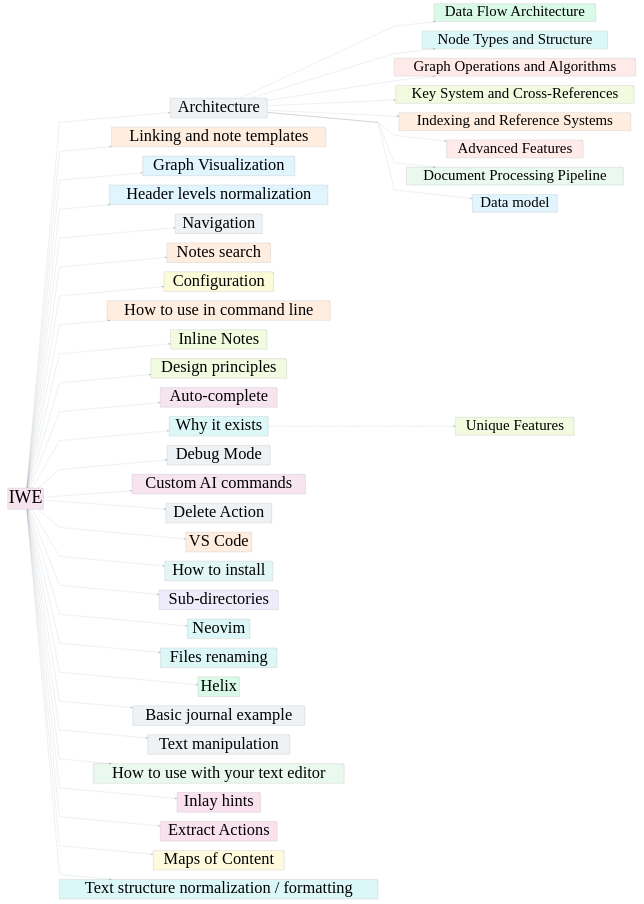
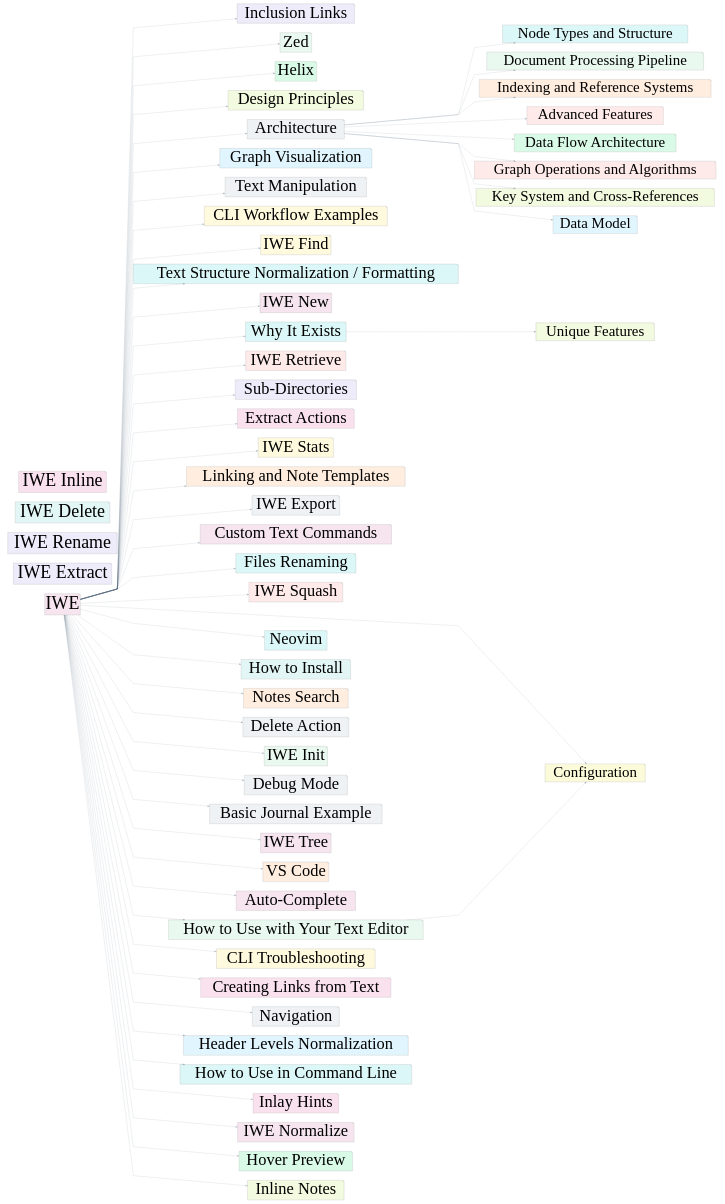
The diagram in docs/docs-basic.dot (iwe-org/iwe), drawn with Graphviz before and after one commit. The commit also changed 6 other files, not shown here.

Commit message:
chore: book, graph and docs update

```diff
--- a/docs/docs-basic.dot
+++ b/docs/docs-basic.dot
@@ -7,79 +7,112 @@
   pad="0.5,0.2"
   ranksep=1.2
   overlap=false
-  164[label="Data Flow Architecture",fillcolor="#d9fae7",fontsize=80,fontname=Verdana,color="#b3b3b3",penwidth=1.5,shape=note,style=filled]
+  2147[label="Inclusion Links",fillcolor="#eeebfa",fontsize=88,fontname=Verdana,color="#b3b3b3",penwidth=1.5,shape=note,style=filled]
+  2458[label="Node Types and Structure",fillcolor="#dcf7f7",fontsize=80,fontname=Verdana,color="#b3b3b3",penwidth=1.5,shape=note,style=filled]
+  2635[label="Zed",fillcolor="#e9f9ef",fontsize=88,fontname=Verdana,color="#b3b3b3",penwidth=1.5,shape=note,style=filled]
+  1983[label="Helix",fillcolor="#d9fae7",fontsize=88,fontname=Verdana,color="#b3b3b3",penwidth=1.5,shape=note,style=filled]
+  1095[label="Design Principles",fillcolor="#f2fadf",fontsize=88,fontname=Verdana,color="#b3b3b3",penwidth=1.5,shape=note,style=filled]
+  844[label="Unique Features",fillcolor="#f2fadf",fontsize=80,fontname=Verdana,color="#b3b3b3",penwidth=1.5,shape=note,style=filled]
+  1105[label="Document Processing Pipeline",fillcolor="#e9f9ef",fontsize=80,fontname=Verdana,color="#b3b3b3",penwidth=1.5,shape=note,style=filled]
   1[label="Architecture",fillcolor="#eef2f5",fontsize=88,fontname=Verdana,color="#b3b3b3",penwidth=1.5,shape=note,style=filled]
-  272[label="Linking and note templates",fillcolor="#ffeee0",fontsize=88,fontname=Verdana,color="#b3b3b3",penwidth=1.5,shape=note,style=filled]
-  625[label="Graph Visualization",fillcolor="#e1f5fe",fontsize=88,fontname=Verdana,color="#b3b3b3",penwidth=1.5,shape=note,style=filled]
-  1285[label="Node Types and Structure",fillcolor="#dcf7f7",fontsize=80,fontname=Verdana,color="#b3b3b3",penwidth=1.5,shape=note,style=filled]
-  574[label="Header levels normalization",fillcolor="#e1f5fe",fontsize=88,fontname=Verdana,color="#b3b3b3",penwidth=1.5,shape=note,style=filled]
-  568[label="Navigation",fillcolor="#eef2f5",fontsize=88,fontname=Verdana,color="#b3b3b3",penwidth=1.5,shape=note,style=filled]
-  588[label="Notes search",fillcolor="#ffeee0",fontsize=88,fontname=Verdana,color="#b3b3b3",penwidth=1.5,shape=note,style=filled]
-  90[label="Configuration",fillcolor="#fbfbda",fontsize=88,fontname=Verdana,color="#b3b3b3",penwidth=1.5,shape=note,style=filled]
-  698[label="How to use in command line",fillcolor="#ffeee0",fontsize=88,fontname=Verdana,color="#b3b3b3",penwidth=1.5,shape=note,style=filled]
-  544[label="Inline Notes",fillcolor="#f2fadf",fontsize=88,fontname=Verdana,color="#b3b3b3",penwidth=1.5,shape=note,style=filled]
-  219[label="Design principles",fillcolor="#f2fadf",fontsize=88,fontname=Verdana,color="#b3b3b3",penwidth=1.5,shape=note,style=filled]
-  347[label="Auto-complete",fillcolor="#f6e5ee",fontsize=88,fontname=Verdana,color="#b3b3b3",penwidth=1.5,shape=note,style=filled]
-  1449[label="Why it exists",fillcolor="#dcf7f7",fontsize=88,fontname=Verdana,color="#b3b3b3",penwidth=1.5,shape=note,style=filled]
-  207[label="Debug Mode",fillcolor="#eef2f5",fontsize=88,fontname=Verdana,color="#b3b3b3",penwidth=1.5,shape=note,style=filled]
-  267[label="Custom AI commands",fillcolor="#f6e5ee",fontsize=88,fontname=Verdana,color="#b3b3b3",penwidth=1.5,shape=note,style=filled]
-  823[label="Graph Operations and Algorithms",fillcolor="#ffeaea",fontsize=80,fontname=Verdana,color="#b3b3b3",penwidth=1.5,shape=note,style=filled]
-  350[label="Delete Action",fillcolor="#eef2f5",fontsize=88,fontname=Verdana,color="#b3b3b3",penwidth=1.5,shape=note,style=filled]
-  1310[label="VS Code",fillcolor="#ffeee0",fontsize=88,fontname=Verdana,color="#b3b3b3",penwidth=1.5,shape=note,style=filled]
-  1059[label="Key System and Cross-References",fillcolor="#f2fadf",fontsize=80,fontname=Verdana,color="#b3b3b3",penwidth=1.5,shape=note,style=filled]
-  874[label="How to install",fillcolor="#e2f6f6",fontsize=88,fontname=Verdana,color="#b3b3b3",penwidth=1.5,shape=note,style=filled]
-  1039[label="Indexing and Reference Systems",fillcolor="#ffeee0",fontsize=80,fontname=Verdana,color="#b3b3b3",penwidth=1.5,shape=note,style=filled]
-  834[label="Advanced Features",fillcolor="#ffeaea",fontsize=80,fontname=Verdana,color="#b3b3b3",penwidth=1.5,shape=note,style=filled]
-  596[label="Sub-directories",fillcolor="#eeebfa",fontsize=88,fontname=Verdana,color="#b3b3b3",penwidth=1.5,shape=note,style=filled]
-  1148[label="Neovim",fillcolor="#dcf7f7",fontsize=88,fontname=Verdana,color="#b3b3b3",penwidth=1.5,shape=note,style=filled]
-  585[label="Files renaming",fillcolor="#dcf7f7",fontsize=88,fontname=Verdana,color="#b3b3b3",penwidth=1.5,shape=note,style=filled]
-  861[label="Helix",fillcolor="#d9fae7",fontsize=88,fontname=Verdana,color="#b3b3b3",penwidth=1.5,shape=note,style=filled]
-  229[label="Document Processing Pipeline",fillcolor="#e9f9ef",fontsize=80,fontname=Verdana,color="#b3b3b3",penwidth=1.5,shape=note,style=filled]
-  246[label="Basic journal example",fillcolor="#eef2f5",fontsize=88,fontname=Verdana,color="#b3b3b3",penwidth=1.5,shape=note,style=filled]
-  618[label="Text manipulation",fillcolor="#eef2f5",fontsize=88,fontname=Verdana,color="#b3b3b3",penwidth=1.5,shape=note,style=filled]
-  887[label="How to use with your text editor",fillcolor="#e9f9ef",fontsize=88,fontname=Verdana,color="#b3b3b3",penwidth=1.5,shape=note,style=filled]
-  540[label="Inlay hints",fillcolor="#fae1ee",fontsize=88,fontname=Verdana,color="#b3b3b3",penwidth=1.5,shape=note,style=filled]
-  375[label="Extract Actions",fillcolor="#fae1ee",fontsize=88,fontname=Verdana,color="#b3b3b3",penwidth=1.5,shape=note,style=filled]
-  1077[label="Maps of Content",fillcolor="#fff9de",fontsize=88,fontname=Verdana,color="#b3b3b3",penwidth=1.5,shape=note,style=filled]
-  12[label="Unique Features",fillcolor="#f2fadf",fontsize=80,fontname=Verdana,color="#b3b3b3",penwidth=1.5,shape=note,style=filled]
-  1002[label="IWE",fillcolor="#f6e5ee",fontsize=96,fontname=Verdana,color="#b3b3b3",penwidth=1.5,shape=note,style=filled]
-  339[label="Text structure normalization / formatting",fillcolor="#dcf7f7",fontsize=88,fontname=Verdana,color="#b3b3b3",penwidth=1.5,shape=note,style=filled]
-  189[label="Data model",fillcolor="#e1f5fe",fontsize=80,fontname=Verdana,color="#b3b3b3",penwidth=1.5,shape=note,style=filled]
-  1 -> 1059 [color="#38546c66",arrowhead=normal,penwidth=1.2]
-  1 -> 164 [color="#38546c66",arrowhead=normal,penwidth=1.2]
-  1 -> 1039 [color="#38546c66",arrowhead=normal,penwidth=1.2]
-  1 -> 823 [color="#38546c66",arrowhead=normal,penwidth=1.2]
-  1 -> 189 [color="#38546c66",arrowhead=normal,penwidth=1.2]
-  1 -> 834 [color="#38546c66",arrowhead=normal,penwidth=1.2]
-  1 -> 1285 [color="#38546c66",arrowhead=normal,penwidth=1.2]
-  1 -> 229 [color="#38546c66",arrowhead=normal,penwidth=1.2]
-  1449 -> 12 [color="#38546c66",arrowhead=normal,penwidth=1.2]
-  1002 -> 887 [color="#38546c66",arrowhead=normal,penwidth=1.2]
-  1002 -> 585 [color="#38546c66",arrowhead=normal,penwidth=1.2]
-  1002 -> 568 [color="#38546c66",arrowhead=normal,penwidth=1.2]
-  1002 -> 207 [color="#38546c66",arrowhead=normal,penwidth=1.2]
-  1002 -> 544 [color="#38546c66",arrowhead=normal,penwidth=1.2]
-  1002 -> 618 [color="#38546c66",arrowhead=normal,penwidth=1.2]
-  1002 -> 267 [color="#38546c66",arrowhead=normal,penwidth=1.2]
-  1002 -> 861 [color="#38546c66",arrowhead=normal,penwidth=1.2]
-  1002 -> 574 [color="#38546c66",arrowhead=normal,penwidth=1.2]
-  1002 -> 698 [color="#38546c66",arrowhead=normal,penwidth=1.2]
-  1002 -> 1449 [color="#38546c66",arrowhead=normal,penwidth=1.2]
-  1002 -> 347 [color="#38546c66",arrowhead=normal,penwidth=1.2]
-  1002 -> 246 [color="#38546c66",arrowhead=normal,penwidth=1.2]
-  1002 -> 375 [color="#38546c66",arrowhead=normal,penwidth=1.2]
-  1002 -> 596 [color="#38546c66",arrowhead=normal,penwidth=1.2]
-  1002 -> 1310 [color="#38546c66",arrowhead=normal,penwidth=1.2]
-  1002 -> 540 [color="#38546c66",arrowhead=normal,penwidth=1.2]
-  1002 -> 1 [color="#38546c66",arrowhead=normal,penwidth=1.2]
-  1002 -> 1148 [color="#38546c66",arrowhead=normal,penwidth=1.2]
-  1002 -> 588 [color="#38546c66",arrowhead=normal,penwidth=1.2]
-  1002 -> 874 [color="#38546c66",arrowhead=normal,penwidth=1.2]
-  1002 -> 339 [color="#38546c66",arrowhead=normal,penwidth=1.2]
-  1002 -> 90 [color="#38546c66",arrowhead=normal,penwidth=1.2]
-  1002 -> 1077 [color="#38546c66",arrowhead=normal,penwidth=1.2]
-  1002 -> 272 [color="#38546c66",arrowhead=normal,penwidth=1.2]
-  1002 -> 625 [color="#38546c66",arrowhead=normal,penwidth=1.2]
-  1002 -> 219 [color="#38546c66",arrowhead=normal,penwidth=1.2]
-  1002 -> 350 [color="#38546c66",arrowhead=normal,penwidth=1.2]
+  1872[label="Graph Visualization",fillcolor="#e1f5fe",fontsize=88,fontname=Verdana,color="#b3b3b3",penwidth=1.5,shape=note,style=filled]
+  1812[label="Text Manipulation",fillcolor="#eef2f5",fontsize=88,fontname=Verdana,color="#b3b3b3",penwidth=1.5,shape=note,style=filled]
+  833[label="CLI Workflow Examples",fillcolor="#fff9de",fontsize=88,fontname=Verdana,color="#b3b3b3",penwidth=1.5,shape=note,style=filled]
+  153[label="IWE Extract",fillcolor="#eeebfa",fontsize=96,fontname=Verdana,color="#b3b3b3",penwidth=1.5,shape=note,style=filled]
+  225[label="IWE Find",fillcolor="#fff9de",fontsize=88,fontname=Verdana,color="#b3b3b3",penwidth=1.5,shape=note,style=filled]
+  480[label="IWE Rename",fillcolor="#eeebfa",fontsize=96,fontname=Verdana,color="#b3b3b3",penwidth=1.5,shape=note,style=filled]
+  1236[label="Text Structure Normalization / Formatting",fillcolor="#dcf7f7",fontsize=88,fontname=Verdana,color="#b3b3b3",penwidth=1.5,shape=note,style=filled]
+  409[label="IWE New",fillcolor="#f6e5ee",fontsize=88,fontname=Verdana,color="#b3b3b3",penwidth=1.5,shape=note,style=filled]
+  2283[label="Indexing and Reference Systems",fillcolor="#ffeee0",fontsize=80,fontname=Verdana,color="#b3b3b3",penwidth=1.5,shape=note,style=filled]
+  2622[label="Why It Exists",fillcolor="#dcf7f7",fontsize=88,fontname=Verdana,color="#b3b3b3",penwidth=1.5,shape=note,style=filled]
+  532[label="IWE Retrieve",fillcolor="#ffeaea",fontsize=88,fontname=Verdana,color="#b3b3b3",penwidth=1.5,shape=note,style=filled]
+  2231[label="IWE",fillcolor="#f6e5ee",fontsize=96,fontname=Verdana,color="#b3b3b3",penwidth=1.5,shape=note,style=filled]
+  1790[label="Sub-Directories",fillcolor="#eeebfa",fontsize=88,fontname=Verdana,color="#b3b3b3",penwidth=1.5,shape=note,style=filled]
+  1332[label="Extract Actions",fillcolor="#fae1ee",fontsize=88,fontname=Verdana,color="#b3b3b3",penwidth=1.5,shape=note,style=filled]
+  673[label="IWE Stats",fillcolor="#fff9de",fontsize=88,fontname=Verdana,color="#b3b3b3",penwidth=1.5,shape=note,style=filled]
+  1169[label="Linking and Note Templates",fillcolor="#ffeee0",fontsize=88,fontname=Verdana,color="#b3b3b3",penwidth=1.5,shape=note,style=filled]
+  125[label="IWE Export",fillcolor="#eef2f5",fontsize=88,fontname=Verdana,color="#b3b3b3",penwidth=1.5,shape=note,style=filled]
+  1144[label="Custom Text Commands",fillcolor="#f6e5ee",fontsize=88,fontname=Verdana,color="#b3b3b3",penwidth=1.5,shape=note,style=filled]
+  1738[label="Files Renaming",fillcolor="#dcf7f7",fontsize=88,fontname=Verdana,color="#b3b3b3",penwidth=1.5,shape=note,style=filled]
+  629[label="IWE Squash",fillcolor="#ffeaea",fontsize=88,fontname=Verdana,color="#b3b3b3",penwidth=1.5,shape=note,style=filled]
+  1956[label="Advanced Features",fillcolor="#ffeaea",fontsize=80,fontname=Verdana,color="#b3b3b3",penwidth=1.5,shape=note,style=filled]
+  1040[label="Data Flow Architecture",fillcolor="#d9fae7",fontsize=80,fontname=Verdana,color="#b3b3b3",penwidth=1.5,shape=note,style=filled]
+  59[label="IWE Delete",fillcolor="#e2f6f6",fontsize=96,fontname=Verdana,color="#b3b3b3",penwidth=1.5,shape=note,style=filled]
+  922[label="Configuration",fillcolor="#fbfbda",fontsize=80,fontname=Verdana,color="#b3b3b3",penwidth=1.5,shape=note,style=filled]
+  2321[label="Neovim",fillcolor="#dcf7f7",fontsize=88,fontname=Verdana,color="#b3b3b3",penwidth=1.5,shape=note,style=filled]
+  326[label="IWE Inline",fillcolor="#fae1ee",fontsize=96,fontname=Verdana,color="#b3b3b3",penwidth=1.5,shape=note,style=filled]
+  2013[label="How to Install",fillcolor="#e2f6f6",fontsize=88,fontname=Verdana,color="#b3b3b3",penwidth=1.5,shape=note,style=filled]
+  1780[label="Notes Search",fillcolor="#ffeee0",fontsize=88,fontname=Verdana,color="#b3b3b3",penwidth=1.5,shape=note,style=filled]
+  1945[label="Graph Operations and Algorithms",fillcolor="#ffeaea",fontsize=80,fontname=Verdana,color="#b3b3b3",penwidth=1.5,shape=note,style=filled]
+  1303[label="Delete Action",fillcolor="#eef2f5",fontsize=88,fontname=Verdana,color="#b3b3b3",penwidth=1.5,shape=note,style=filled]
+  296[label="IWE Init",fillcolor="#e9f9ef",fontsize=88,fontname=Verdana,color="#b3b3b3",penwidth=1.5,shape=note,style=filled]
+  1083[label="Debug Mode",fillcolor="#eef2f5",fontsize=88,fontname=Verdana,color="#b3b3b3",penwidth=1.5,shape=note,style=filled]
+  1122[label="Basic Journal Example",fillcolor="#eef2f5",fontsize=88,fontname=Verdana,color="#b3b3b3",penwidth=1.5,shape=note,style=filled]
+  751[label="IWE Tree",fillcolor="#f6e5ee",fontsize=88,fontname=Verdana,color="#b3b3b3",penwidth=1.5,shape=note,style=filled]
+  2483[label="VS Code",fillcolor="#ffeee0",fontsize=88,fontname=Verdana,color="#b3b3b3",penwidth=1.5,shape=note,style=filled]
+  1287[label="Auto-Complete",fillcolor="#f6e5ee",fontsize=88,fontname=Verdana,color="#b3b3b3",penwidth=1.5,shape=note,style=filled]
+  2030[label="How to Use with Your Text Editor",fillcolor="#e9f9ef",fontsize=88,fontname=Verdana,color="#b3b3b3",penwidth=1.5,shape=note,style=filled]
+  789[label="CLI Troubleshooting",fillcolor="#fff9de",fontsize=88,fontname=Verdana,color="#b3b3b3",penwidth=1.5,shape=note,style=filled]
+  1588[label="Creating Links from Text",fillcolor="#fae1ee",fontsize=88,fontname=Verdana,color="#b3b3b3",penwidth=1.5,shape=note,style=filled]
+  1679[label="Navigation",fillcolor="#eef2f5",fontsize=88,fontname=Verdana,color="#b3b3b3",penwidth=1.5,shape=note,style=filled]
+  1727[label="Header Levels Normalization",fillcolor="#e1f5fe",fontsize=88,fontname=Verdana,color="#b3b3b3",penwidth=1.5,shape=note,style=filled]
+  2303[label="Key System and Cross-References",fillcolor="#f2fadf",fontsize=80,fontname=Verdana,color="#b3b3b3",penwidth=1.5,shape=note,style=filled]
+  12[label="How to Use in Command Line",fillcolor="#dcf7f7",fontsize=88,fontname=Verdana,color="#b3b3b3",penwidth=1.5,shape=note,style=filled]
+  1065[label="Data Model",fillcolor="#e1f5fe",fontsize=80,fontname=Verdana,color="#b3b3b3",penwidth=1.5,shape=note,style=filled]
+  1519[label="Inlay Hints",fillcolor="#fae1ee",fontsize=88,fontname=Verdana,color="#b3b3b3",penwidth=1.5,shape=note,style=filled]
+  447[label="IWE Normalize",fillcolor="#f6e5ee",fontsize=88,fontname=Verdana,color="#b3b3b3",penwidth=1.5,shape=note,style=filled]
+  1501[label="Hover Preview",fillcolor="#d9fae7",fontsize=88,fontname=Verdana,color="#b3b3b3",penwidth=1.5,shape=note,style=filled]
+  1560[label="Inline Notes",fillcolor="#f2fadf",fontsize=88,fontname=Verdana,color="#b3b3b3",penwidth=1.5,shape=note,style=filled]
+  2622 -> 844 [color="#38546c66",arrowhead=normal,penwidth=1.2]
+  1 -> 1105 [color="#38546c66",arrowhead=normal,penwidth=1.2]
+  1 -> 1945 [color="#38546c66",arrowhead=normal,penwidth=1.2]
+  1 -> 1040 [color="#38546c66",arrowhead=normal,penwidth=1.2]
+  1 -> 2458 [color="#38546c66",arrowhead=normal,penwidth=1.2]
+  1 -> 1065 [color="#38546c66",arrowhead=normal,penwidth=1.2]
+  1 -> 2303 [color="#38546c66",arrowhead=normal,penwidth=1.2]
+  1 -> 1956 [color="#38546c66",arrowhead=normal,penwidth=1.2]
+  1 -> 2283 [color="#38546c66",arrowhead=normal,penwidth=1.2]
+  2231 -> 2030 [color="#38546c66",arrowhead=normal,penwidth=1.2]
+  2231 -> 751 [color="#38546c66",arrowhead=normal,penwidth=1.2]
+  2231 -> 1679 [color="#38546c66",arrowhead=normal,penwidth=1.2]
+  2231 -> 1790 [color="#38546c66",arrowhead=normal,penwidth=1.2]
+  2231 -> 409 [color="#38546c66",arrowhead=normal,penwidth=1.2]
+  2231 -> 1780 [color="#38546c66",arrowhead=normal,penwidth=1.2]
+  2231 -> 1812 [color="#38546c66",arrowhead=normal,penwidth=1.2]
+  2231 -> 1083 [color="#38546c66",arrowhead=normal,penwidth=1.2]
+  2231 -> 1236 [color="#38546c66",arrowhead=normal,penwidth=1.2]
+  2231 -> 1872 [color="#38546c66",arrowhead=normal,penwidth=1.2]
+  2231 -> 2635 [color="#38546c66",arrowhead=normal,penwidth=1.2]
+  2231 -> 833 [color="#38546c66",arrowhead=normal,penwidth=1.2]
+  2231 -> 1122 [color="#38546c66",arrowhead=normal,penwidth=1.2]
+  2231 -> 532 [color="#38546c66",arrowhead=normal,penwidth=1.2]
+  2231 -> 125 [color="#38546c66",arrowhead=normal,penwidth=1.2]
+  2231 -> 1332 [color="#38546c66",arrowhead=normal,penwidth=1.2]
+  2231 -> 2483 [color="#38546c66",arrowhead=normal,penwidth=1.2]
+  2231 -> 1560 [color="#38546c66",arrowhead=normal,penwidth=1.2]
+  2231 -> 2147 [color="#38546c66",arrowhead=normal,penwidth=1.2]
+  2231 -> 1287 [color="#38546c66",arrowhead=normal,penwidth=1.2]
+  2231 -> 447 [color="#38546c66",arrowhead=normal,penwidth=1.2]
+  2231 -> 296 [color="#38546c66",arrowhead=normal,penwidth=1.2]
+  2231 -> 1588 [color="#38546c66",arrowhead=normal,penwidth=1.2]
+  2231 -> 1519 [color="#38546c66",arrowhead=normal,penwidth=1.2]
+  2231 -> 673 [color="#38546c66",arrowhead=normal,penwidth=1.2]
+  2231 -> 1727 [color="#38546c66",arrowhead=normal,penwidth=1.2]
+  2231 -> 1144 [color="#38546c66",arrowhead=normal,penwidth=1.2]
+  2231 -> 2622 [color="#38546c66",arrowhead=normal,penwidth=1.2]
+  2231 -> 2321 [color="#38546c66",arrowhead=normal,penwidth=1.2]
+  2231 -> 1303 [color="#38546c66",arrowhead=normal,penwidth=1.2]
+  2231 -> 12 [color="#38546c66",arrowhead=normal,penwidth=1.2]
+  2231 -> 2013 [color="#38546c66",arrowhead=normal,penwidth=1.2]
+  2231 -> 1983 [color="#38546c66",arrowhead=normal,penwidth=1.2]
+  2231 -> 922 [color="#38546c66",arrowhead=normal,penwidth=1.2]
+  2231 -> 1738 [color="#38546c66",arrowhead=normal,penwidth=1.2]
+  2231 -> 1095 [color="#38546c66",arrowhead=normal,penwidth=1.2]
+  2231 -> 1 [color="#38546c66",arrowhead=normal,penwidth=1.2]
+  2231 -> 789 [color="#38546c66",arrowhead=normal,penwidth=1.2]
+  2231 -> 1169 [color="#38546c66",arrowhead=normal,penwidth=1.2]
+  2231 -> 1501 [color="#38546c66",arrowhead=normal,penwidth=1.2]
+  2231 -> 629 [color="#38546c66",arrowhead=normal,penwidth=1.2]
+  2231 -> 225 [color="#38546c66",arrowhead=normal,penwidth=1.2]
+  2030 -> 922 [color="#38546c66",arrowhead=normal,penwidth=1.2]
 }
```
